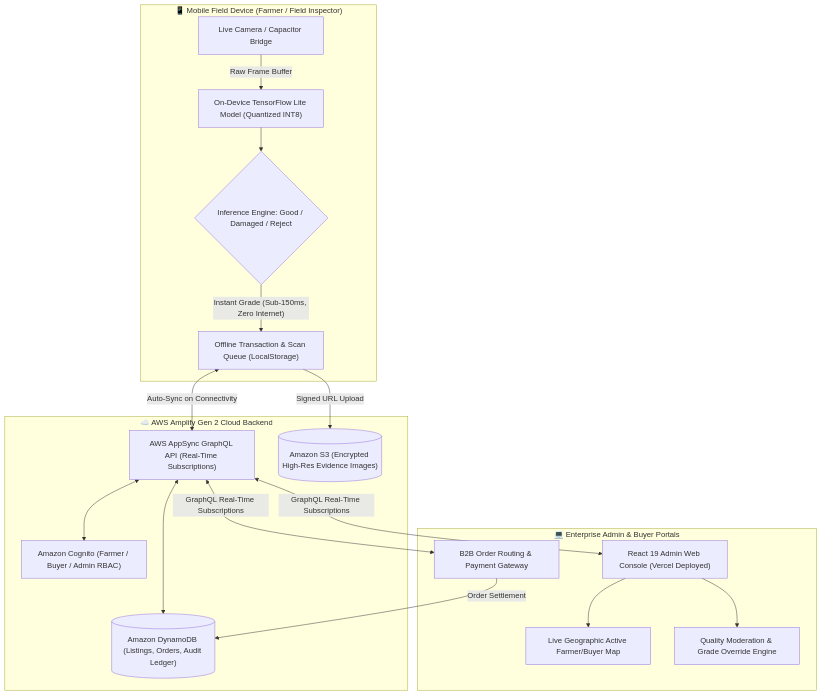
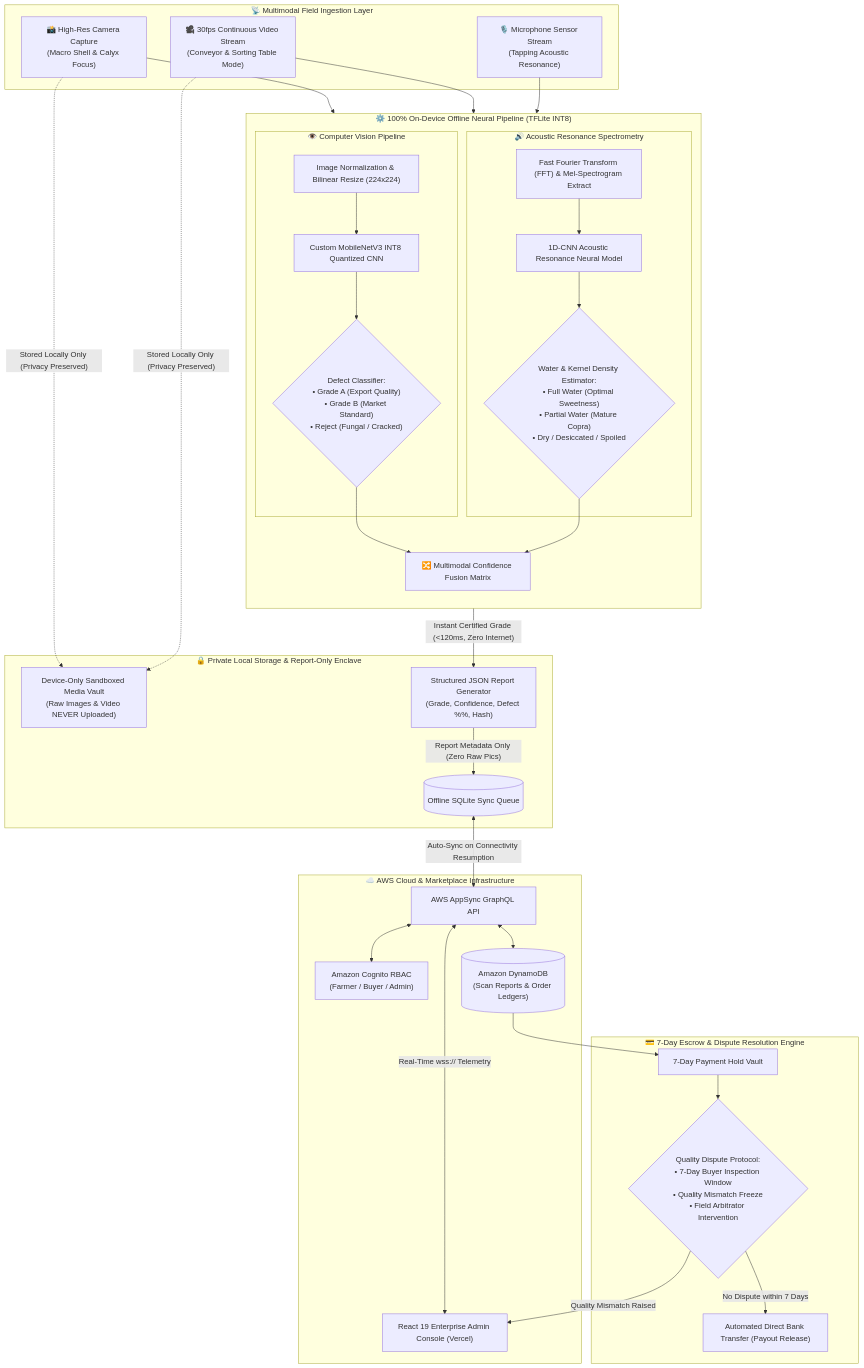
One commit to rahaman1721/pooja-coconut-scan-ai changed the first of 2 diagrams in README.md. Above: the diagram before and after it, drawn with Mermaid. The commit also changed other lines of this file, not shown here.

Commit message:
docs: comprehensive multimodal AI expansion with image/video/acoustic offline inference, privacy report-only sync, 7-day escrow, and zero-login guest scanning

````diff
--- a/README.md
+++ b/README.md
@@ -86,37 +55,66 @@
 ```mermaid
 flowchart TD
-    subgraph EdgeDevice ["📱 Mobile Field Device (Farmer / Field Inspector)"]
-        CamCapture["Live Camera / Capacitor Bridge"]
-        TFLite["On-Device TensorFlow Lite Model (Quantized INT8)"]
-        QualityClassifier{"Inference Engine: Good / Damaged / Reject"}
-        OfflineQueue["Offline Transaction & Scan Queue (LocalStorage)"]
+    subgraph MultiModalSensors ["📡 Multimodal Field Ingestion Layer"]
+        ImgCapture["📸 High-Res Camera Capture\n(Macro Shell & Calyx Focus)"]
+        VidCapture["🎥 30fps Continuous Video Stream\n(Conveyor & Sorting Table Mode)"]
+        AudioCapture["🎙️ Microphone Sensor Stream\n(Tapping Acoustic Resonance)"]
     end
 
-    subgraph AWSCloud ["☁️ AWS Amplify Gen 2 Cloud Backend"]
-        Cognito["Amazon Cognito (Farmer / Buyer / Admin RBAC)"]
-        AppSync["AWS AppSync GraphQL API (Real-Time Subscriptions)"]
-        DynamoDB[("Amazon DynamoDB (Listings, Orders, Audit Ledger)")]
-        S3Storage[("Amazon S3 (Encrypted High-Res Evidence Images)")]
+    subgraph OnDeviceEngine ["⚙️ 100% On-Device Offline Neural Pipeline (TFLite INT8)"]
+        direction TB
+        subgraph VisionModel ["👁️ Computer Vision Pipeline"]
+            Preprocessor["Image Normalization & Bilinear Resize (224x224)"]
+            MobileNetV3["Custom MobileNetV3 INT8 Quantized CNN"]
+            VisualClassifier{"Defect Classifier:\n• Grade A (Export Quality)\n• Grade B (Market Standard)\n• Reject (Fungal / Cracked)"}
+        end
+
+        subgraph AudioModel ["🔊 Acoustic Resonance Spectrometry"]
+            AudioDSP["Fast Fourier Transform (FFT) & Mel-Spectrogram Extract"]
+            AcousticCNN["1D-CNN Acoustic Resonance Neural Model"]
+            WaterDensityClassifier{"Water & Kernel Density Estimator:\n• Full Water (Optimal Sweetness)\n• Partial Water (Mature Copra)\n• Dry / Desiccated / Spoiled"}
+        end
+
+        ConfidenceFusion["🔀 Multimodal Confidence Fusion Matrix"]
     end
 
-    subgraph EnterpriseClients ["💻 Enterprise Admin & Buyer Portals"]
-        AdminDashboard["React 19 Admin Web Console (Vercel Deployed)"]
-        GeoMap["Live Geographic Active Farmer/Buyer Map"]
-        QualityAudit["Quality Moderation & Grade Override Engine"]
-        B2BMarketplace["B2B Order Routing & Payment Gateway"]
+    subgraph PrivacySandbox ["🔒 Private Local Storage & Report-Only Enclave"]
+        LocalMedia["Device-Only Sandboxed Media Vault\n(Raw Images & Video NEVER Uploaded)"]
+        AuditReportGen["Structured JSON Report Generator\n(Grade, Confidence, Defect %%, Hash)"]
+        OfflineQueue[("Offline SQLite Sync Queue")]
     end
 
-    CamCapture -->|Raw Frame Buffer| TFLite
-    TFLite --> QualityClassifier
-    QualityClassifier -->|"Instant Grade (Sub-150ms, Zero Internet)"| OfflineQueue
+    subgraph AWSCloudEcosystem ["☁️ AWS Cloud & Marketplace Infrastructure"]
+        CognitoAuth["Amazon Cognito RBAC\n(Farmer / Buyer / Admin)"]
+        AppSyncCore["AWS AppSync GraphQL API"]
+        DynamoDBStore[("Amazon DynamoDB\n(Scan Reports & Order Ledgers)")]
+        AdminWebPortal["React 19 Enterprise Admin Console (Vercel)"]
+    end
+
+    subgraph EscrowFintechEngine ["💳 7-Day Escrow & Dispute Resolution Engine"]
+        EscrowHold["7-Day Payment Hold Vault"]
+        DisputeEscalation{"Quality Dispute Protocol:\n• 7-Day Buyer Inspection Window\n• Quality Mismatch Freeze\n• Field Arbitrator Intervention"}
+        BankPayout["Automated Direct Bank Transfer (Payout Release)"]
+    end
+
+    ImgCapture --> Preprocessor --> MobileNetV3 --> VisualClassifier
+    VidCapture --> Preprocessor
+    AudioCapture --> AudioDSP --> AcousticCNN --> WaterDensityClassifier
+
+    VisualClassifier --> ConfidenceFusion
+    WaterDensityClassifier --> ConfidenceFusion
+
+    ConfidenceFusion -->|"Instant Certified Grade (<120ms, Zero Internet)"| AuditReportGen
     
-    OfflineQueue <-->|"Auto-Sync on Connectivity"| AppSync
-    OfflineQueue -->|"Signed URL Upload"| S3Storage
-    
-    AppSync <--> Cognito
-    AppSync <--> DynamoDB
-    
-    AppSync <-->|"GraphQL Real-Time Subscriptions"| AdminDashboard & B2BMarketplace
-    AdminDashboard --> QualityAudit & GeoMap
-    B2BMarketplace -->|"Order Settlement"| DynamoDB
+    ImgCapture & VidCapture -.->|"Stored Locally Only (Privacy Preserved)"| LocalMedia
+    AuditReportGen -->|"Report Metadata Only (Zero Raw Pics)"| OfflineQueue
+
+    OfflineQueue <-->|"Auto-Sync on Connectivity Resumption"| AppSyncCore
+    AppSyncCore <--> CognitoAuth
+    AppSyncCore <--> DynamoDBStore
+    AppSyncCore <-->|"Real-Time wss:// Telemetry"| AdminWebPortal
+
+    DynamoDBStore --> EscrowHold
+    EscrowHold --> DisputeEscalation
+    DisputeEscalation -->|"No Dispute within 7 Days"| BankPayout
+    DisputeEscalation -->|"Quality Mismatch Raised"| AdminWebPortal
 ```
````
